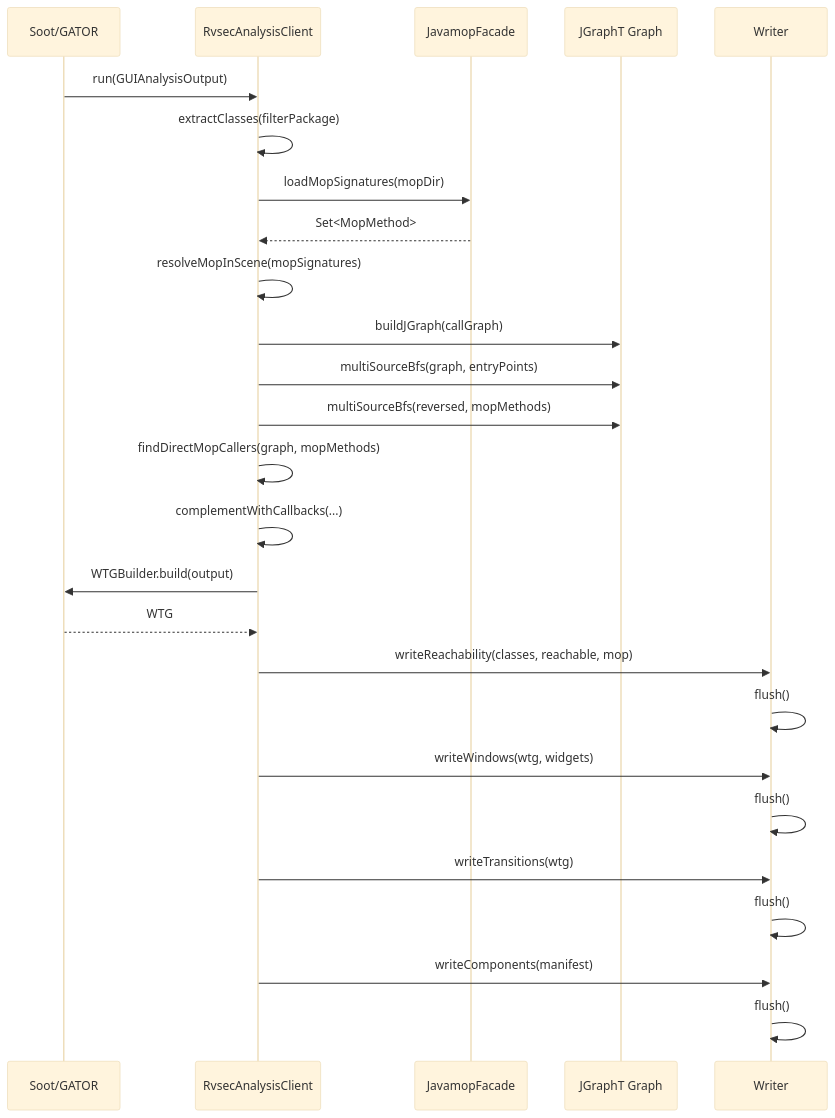
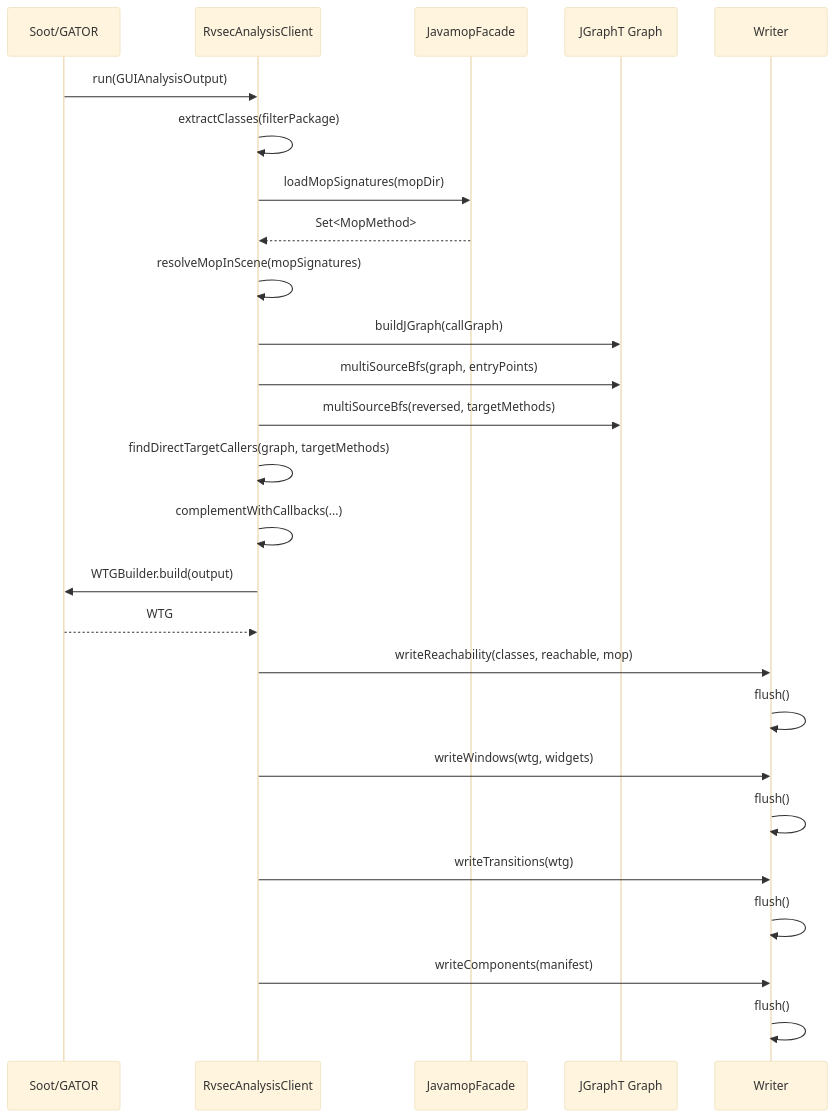
One commit to PAMunb/rvsec changed the second of 4 diagrams in rvsec/rvsec-android/rvsec-gator/client/docs/architecture.md. Above: the diagram before and after it, drawn with Mermaid (base theme). The commit also changed other lines of this file and 89 other files, not shown here.

````diff
--- a/rvsec/rvsec-android/rvsec-gator/client/docs/architecture.md
+++ b/rvsec/rvsec-android/rvsec-gator/client/docs/architecture.md
@@ -121,29 +121,29 @@
 ```mermaid
 sequenceDiagram
     participant S as Soot/GATOR
     participant C as RvsecAnalysisClient
     participant J as JavamopFacade
     participant G as JGraphT Graph
     participant W as Writer
 
     S->>C: run(GUIAnalysisOutput)
     C->>C: extractClasses(filterPackage)
     C->>J: loadMopSignatures(mopDir)
     J-->>C: Set<MopMethod>
     C->>C: resolveMopInScene(mopSignatures)
     C->>G: buildJGraph(callGraph)
     C->>G: multiSourceBfs(graph, entryPoints)
-    C->>G: multiSourceBfs(reversed, mopMethods)
-    C->>C: findDirectMopCallers(graph, mopMethods)
+    C->>G: multiSourceBfs(reversed, targetMethods)
+    C->>C: findDirectTargetCallers(graph, targetMethods)
     C->>C: complementWithCallbacks(...)
     C->>S: WTGBuilder.build(output)
     S-->>C: WTG
     C->>W: writeReachability(classes, reachable, mop)
     W->>W: flush()
     C->>W: writeWindows(wtg, widgets)
     W->>W: flush()
     C->>W: writeTransitions(wtg)
     W->>W: flush()
     C->>W: writeComponents(manifest)
     W->>W: flush()
 ```
````
